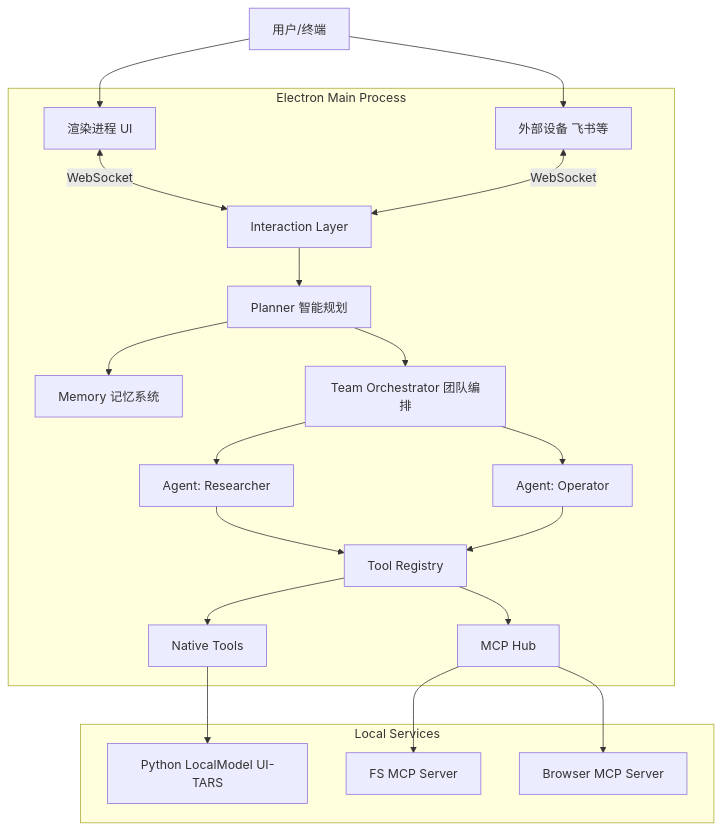
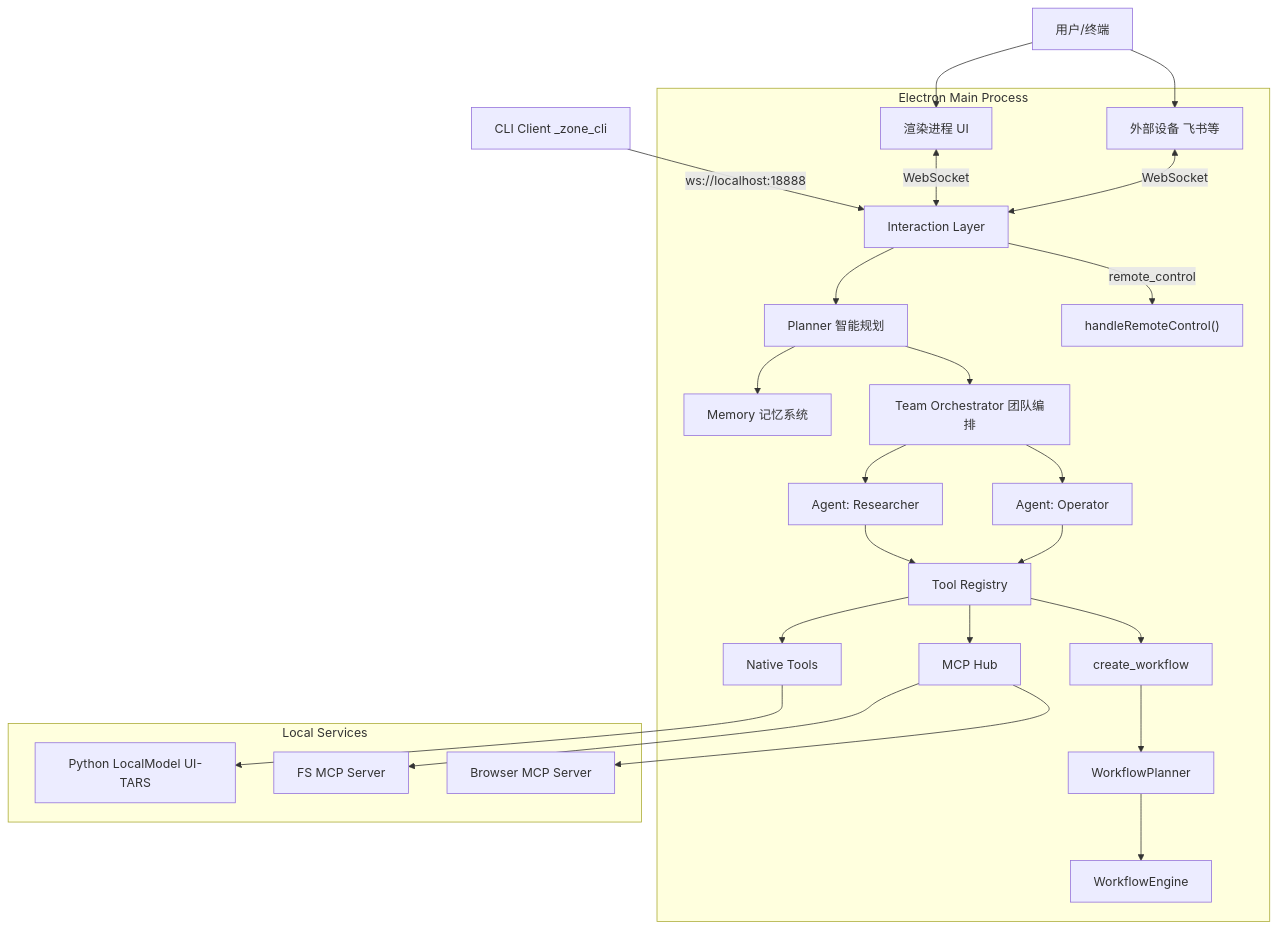
The diagram in CODEBASE.md (tears743/z-one), drawn with Mermaid before and after one commit. The commit also changed other lines of this file and 147 other files, not shown here.

````diff
--- a/CODEBASE.md
+++ b/CODEBASE.md
@@ -19,29 +21,35 @@
 ```mermaid
 graph TD
-    User[用户/终端] --> Renderer[渲染进程 UI]
-    User --> External[外部设备 飞书等]
+    User["用户/终端"] --> Renderer["渲染进程 UI"]
+    User --> External["外部设备 飞书等"]
+    CLI["CLI Client _zone_cli"] -->|ws://localhost:18888| Interaction
     
     subgraph MainProcess ["Electron Main Process"]
-        Renderer <-->|WebSocket| Interaction[Interaction Layer]
+        Renderer <-->|WebSocket| Interaction["Interaction Layer"]
         External <-->|WebSocket| Interaction
         
-        Interaction --> Planner[Planner 智能规划]
-        Planner --> Memory[Memory 记忆系统]
-        Planner --> Team[Team Orchestrator 团队编排]
+        Interaction --> Planner["Planner 智能规划"]
+        Interaction -->|remote_control| RemoteCtrl["handleRemoteControl()"]
+        Planner --> Memory["Memory 记忆系统"]
+        Planner --> Team["Team Orchestrator 团队编排"]
         
-        Team --> Agent1[Agent: Researcher]
-        Team --> Agent2[Agent: Operator]
+        Team --> Agent1["Agent: Researcher"]
+        Team --> Agent2["Agent: Operator"]
         
-        Agent1 --> Tools[Tool Registry]
+        Agent1 --> Tools["Tool Registry"]
         Agent2 --> Tools
         
-        Tools --> MCP[MCP Hub]
-        Tools --> Native[Native Tools]
+        Tools --> WFTool["create_workflow"]
+        WFTool --> WFPlanner["WorkflowPlanner"]
+        WFPlanner --> WFEngine["WorkflowEngine"]
+        
+        Tools --> MCP["MCP Hub"]
+        Tools --> Native["Native Tools"]
     end
     
     subgraph LocalServices ["Local Services"]
-        Native --> LocalModel[Python LocalModel UI-TARS]
-        MCP --> FileSystem[FS MCP Server]
-        MCP --> Browser[Browser MCP Server]
+        Native --> LocalModel["Python LocalModel UI-TARS"]
+        MCP --> FileSystem["FS MCP Server"]
+        MCP --> Browser["Browser MCP Server"]
     end
 ```
````
